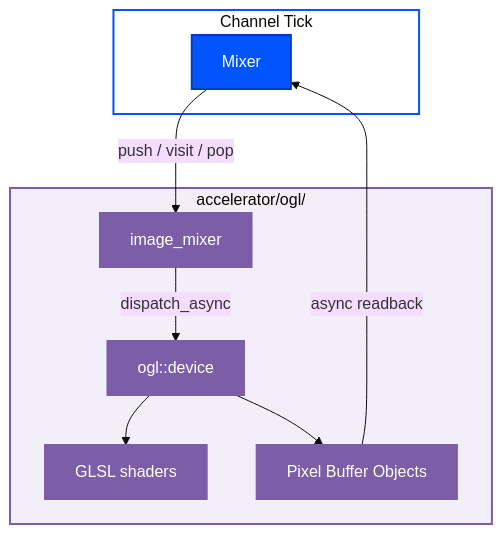
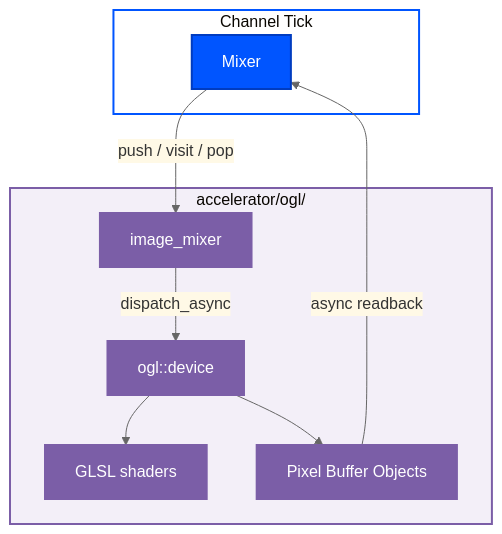
The sixth of 10 diagrams in docs/architecture.md (den-frie-vilje/casparCG), drawn with Mermaid before and after one commit. The commit also changed other lines of this file, not shown here.

Commit message:
docs: style edge labels with warm yellow background

````diff
--- a/docs/architecture.md
+++ b/docs/architecture.md
@@ -371,28 +371,28 @@
 ```mermaid
-%%{init: {'theme': 'base', 'themeVariables': { 'fontFamily': 'Inter' }}}%%
+%%{init: {'theme': 'base', 'themeVariables': { 'fontFamily': 'Inter', 'edgeLabelBackground': '#FFF9E6', 'lineColor': '#666' }}}%%
 flowchart TB
     classDef coreNode fill:#0055FF,color:#FFF,stroke:#003CC0,stroke-width:2px
     classDef gpuNode fill:#7B5EA7,color:#FFF,stroke:#7B5EA7,stroke-width:2px
     classDef sgCore stroke:#0055FF,fill:#FFF,stroke-width:2px
     classDef sgGpu stroke:#7B5EA7,fill:#F3EFF8,stroke-width:2px
 
     subgraph Channel["Channel Tick"]
         MIX[Mixer]:::coreNode
     end
 
     subgraph Accelerator["accelerator/ogl/"]
         IM[image_mixer]:::gpuNode
         DEV[ogl::device]:::gpuNode
         SHADER[GLSL shaders]:::gpuNode
         PBO[Pixel Buffer Objects]:::gpuNode
     end
 
     MIX -->|"push / visit / pop"| IM
     IM -->|dispatch_async| DEV
     DEV --> SHADER
     DEV --> PBO
     PBO -->|async readback| MIX
 
     class Channel sgCore
     class Accelerator sgGpu
 ```
````
